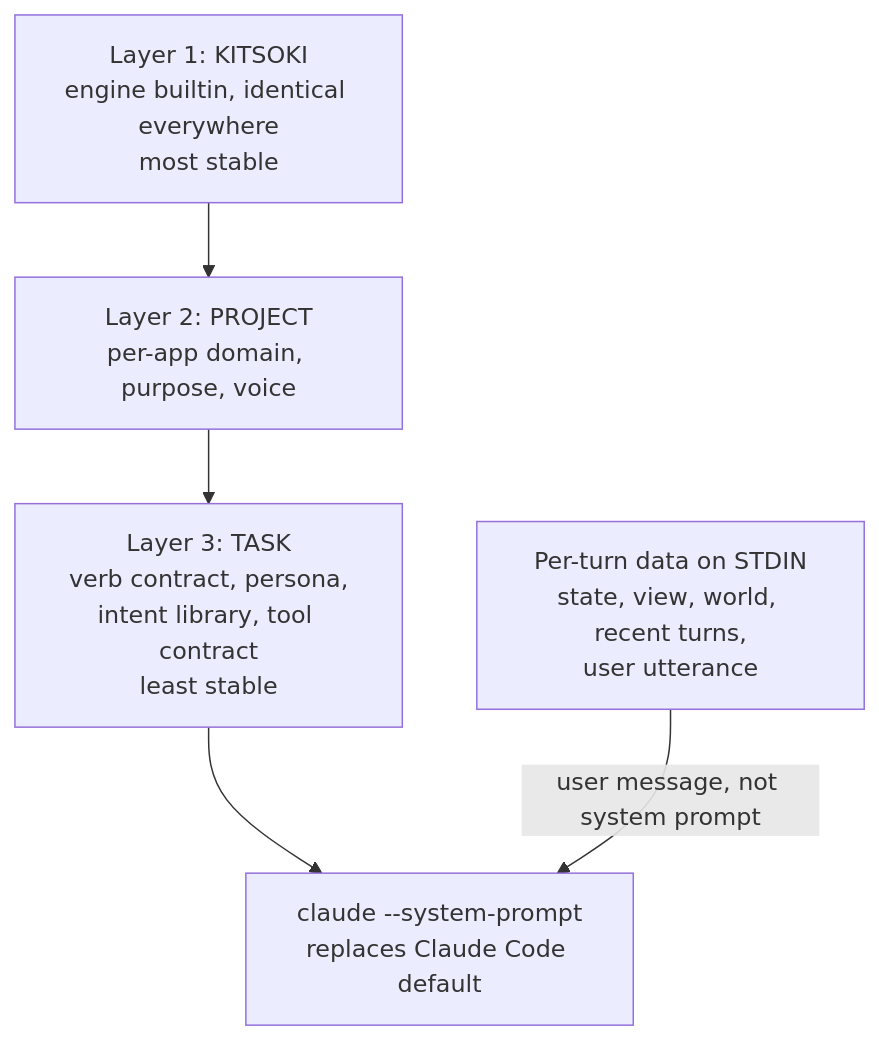
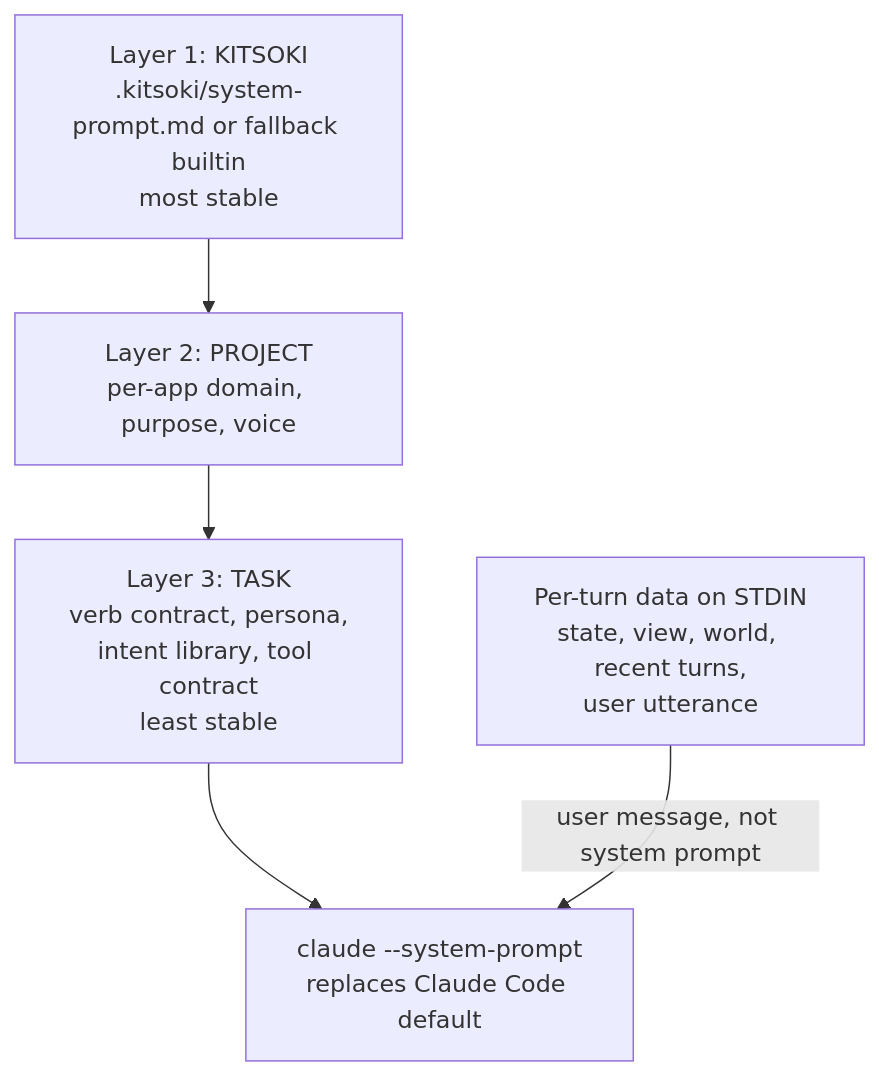
The diagram in docs/architecture/system-prompt.md (bsacrobatix/Kitsoki), drawn with Mermaid before and after one commit. The commit also changed other lines of this file and 12 other files, not shown here.

````diff
--- a/docs/architecture/system-prompt.md
+++ b/docs/architecture/system-prompt.md
@@ -9,11 +9,11 @@
 ```mermaid
 flowchart TD
-    kitsoki["Layer 1: KITSOKI<br/>engine builtin, identical everywhere<br/>most stable"]
+    kitsoki["Layer 1: KITSOKI<br/>.kitsoki/system-prompt.md or fallback builtin<br/>most stable"]
     project["Layer 2: PROJECT<br/>per-app domain, purpose, voice"]
     task["Layer 3: TASK<br/>verb contract, persona,<br/>intent library, tool contract<br/>least stable"]
     system["claude --system-prompt<br/>replaces Claude Code default"]
     stdin["Per-turn data on STDIN<br/>state, view, world, recent turns,<br/>user utterance"]
 
     kitsoki --> project --> task --> system
     stdin -->|"user message, not system prompt"| system
 ```
````
